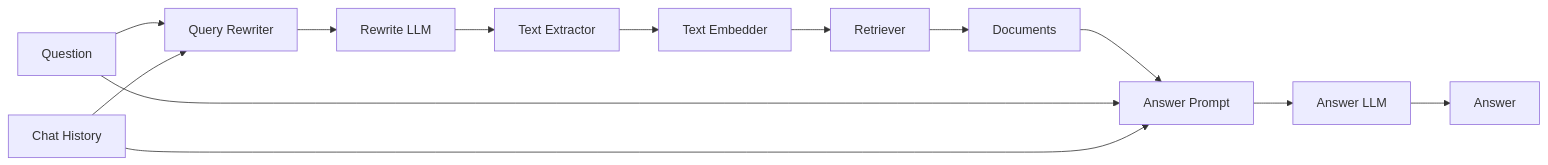
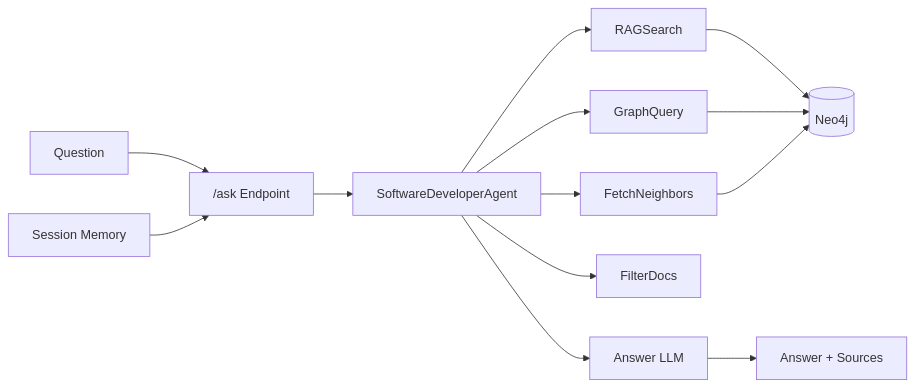
The sixth of 6 diagrams in docs/ARCHITECTURE.md (TrisNol/project-kraken), drawn with Mermaid before and after one commit. The commit also changed other lines of this file and 2 other files, not shown here.

````diff
--- a/docs/ARCHITECTURE.md
+++ b/docs/ARCHITECTURE.md
@@ -470,15 +496,15 @@
 ```mermaid
 graph LR
-    Q[Question] --> QR[Query Rewriter]
-    CH[Chat History] --> QR
-    QR --> RLLM[Rewrite LLM]
-    RLLM --> TE[Text Extractor]
-    TE --> Emb[Text Embedder]
-    Emb --> Ret[Retriever]
-    Ret --> Docs[Documents]
-    Docs --> APB[Answer Prompt]
-    Q --> APB
-    CH --> APB
-    APB --> ALLM[Answer LLM]
-    ALLM --> Ans[Answer]
+    Q[Question] --> API["/ask Endpoint"]
+    S[Session Memory] --> API
+    API --> AG[SoftwareDeveloperAgent]
+    AG --> T1[RAGSearch]
+    AG --> T2[GraphQuery]
+    AG --> T3[FetchNeighbors]
+    AG --> T4[FilterDocs]
+    T1 --> N[(Neo4j)]
+    T2 --> N
+    T3 --> N
+    AG --> LLM[Answer LLM]
+    LLM --> A[Answer + Sources]
 ```
````
